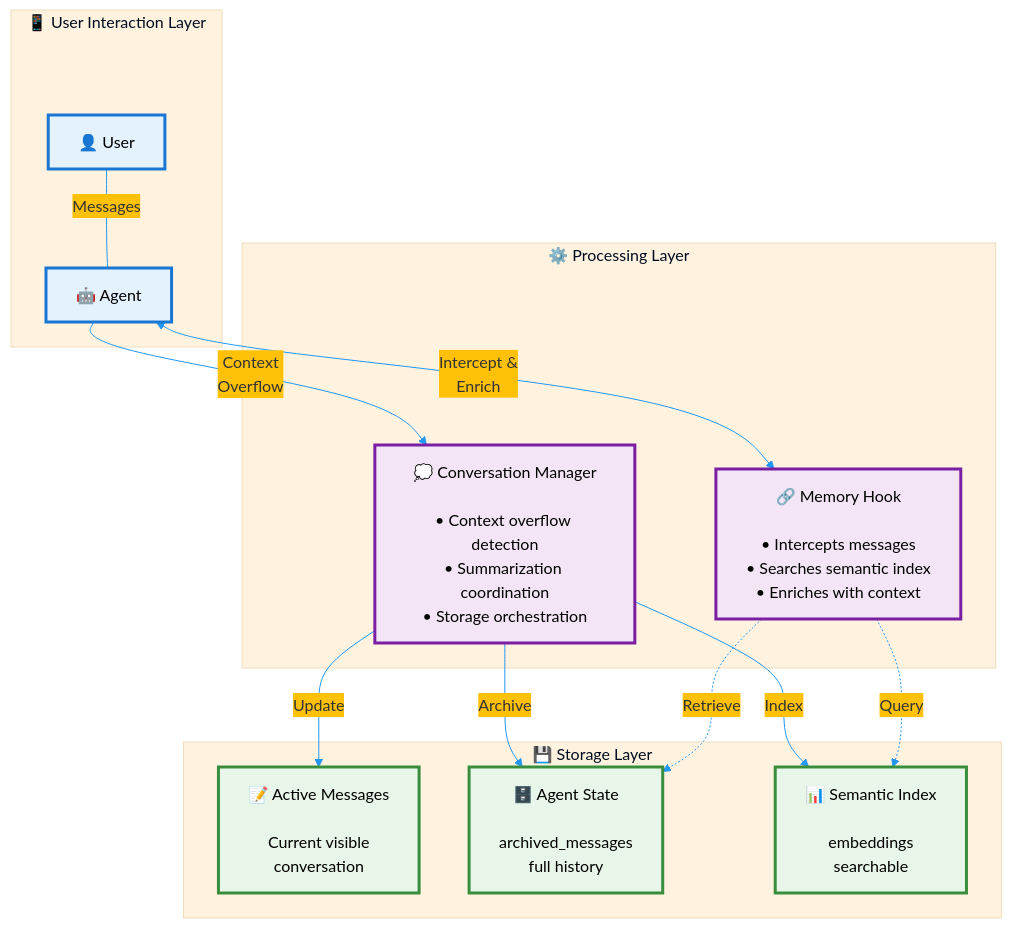
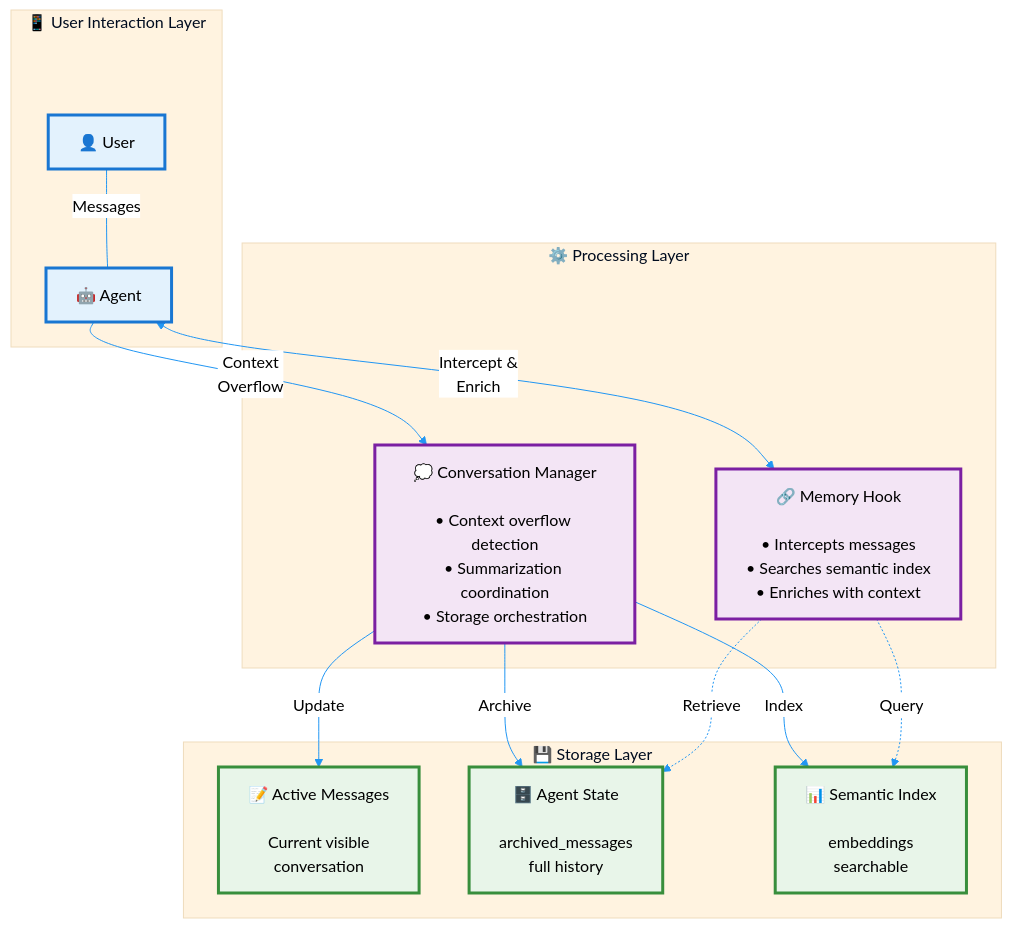
Before and after one commit to danilop/strands-agents-semantic-summarizing-conversation-manager: the fourth of 5 diagrams in README.md, drawn with Mermaid. The commit also changed other lines of this file, not shown here.

First line of the commit message:
Improve diagram readability with black text and label backgrounds

````diff
--- a/README.md
+++ b/README.md
@@ -287,58 +287,58 @@
 ```mermaid
-%%{init: {"theme": "base", "themeVariables": {"primaryColor": "#F5F5F5", "primaryTextColor": "#333", "primaryBorderColor": "#9E9E9E", "lineColor": "#2196F3", "secondaryColor": "#FFC107", "tertiaryColor": "#FFF3E0"}}}%%
+%%{init: {"theme": "base", "themeVariables": {"primaryColor": "#F5F5F5", "primaryTextColor": "#000", "primaryBorderColor": "#9E9E9E", "lineColor": "#2196F3", "secondaryColor": "#FFC107", "tertiaryColor": "#FFF3E0", "edgeLabelBackground": "#FFFFFF"}}}%%
 graph TB
     %% Define styles for each layer
     classDef userLayer fill:#E3F2FD,stroke:#1976D2,stroke-width:3px,color:#000
     classDef processLayer fill:#F3E5F5,stroke:#7B1FA2,stroke-width:3px,color:#000
     classDef storageLayer fill:#E8F5E9,stroke:#388E3C,stroke-width:3px,color:#000
     classDef invisible fill:transparent,stroke:none
 
     %% Layer 1: User Interaction
     subgraph L1 [" 📱 User Interaction Layer "]
         User[👤 User]
         Spacer1[ ]
         Agent[🤖 Agent]
     end
 
     %% Layer 2: Processing Orchestration
     subgraph L2 [" ⚙️ Processing Layer "]
         Hook[🔗 Memory Hook<br/><br/>• Intercepts messages<br/>• Searches semantic index<br/>• Enriches with context]
         Spacer2[ ]
         CM[💭 Conversation Manager<br/><br/>• Context overflow detection<br/>• Summarization coordination<br/>• Storage orchestration]
     end
 
     %% Layer 3: Storage Components
     subgraph L3 [" 💾 Storage Layer "]
         Active[📝 Active Messages<br/><br/>Current visible<br/>conversation]
         State[🗄️ Agent State<br/><br/>archived_messages<br/>full history]
         Index[📊 Semantic Index<br/><br/>embeddings<br/>searchable]
     end
 
     %% Apply styles
     class User,Agent userLayer
     class Hook,CM processLayer
     class Active,State,Index storageLayer
     class Spacer1,Spacer2 invisible
 
     %% Layer 1: User interaction
     User ---|Messages| Agent
 
     %% Processing connections
     Agent <-->|Intercept &<br/>Enrich| Hook
     Agent -->|Context<br/>Overflow| CM
 
     %% Storage operations (solid lines from CM)
     CM -->|Update| Active
     CM -->|Archive| State
     CM -->|Index| Index
 
     %% Memory retrieval (dashed lines from Hook)
     Hook -.->|Query| Index
     Hook -.->|Retrieve| State
 
     %% Hide spacer connections
     Spacer1 ~~~ User
     Spacer1 ~~~ Agent
     Spacer2 ~~~ Hook
     Spacer2 ~~~ CM
 ```
````
